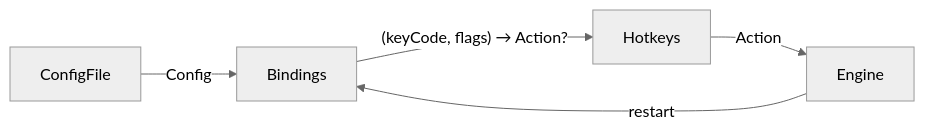
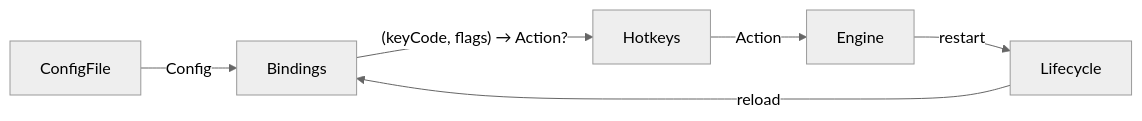
Before and after one commit to brennovich/ottowm: the third of 18 diagrams in ARCHITECTURE.md, drawn with Mermaid (neutral theme). The commit also changed other lines of this file and 8 other files, not shown here.

````diff
--- a/ARCHITECTURE.md
+++ b/ARCHITECTURE.md
@@ -106,7 +107,8 @@
 ```mermaid
 flowchart LR
     ConfigFile -->|Config| Bindings
     Bindings -->|"(keyCode, flags) → Action?"| Hotkeys
     Hotkeys -->|Action| Engine
-    Engine -->|restart| Bindings
+    Engine -->|restart| Lifecycle
+    Lifecycle -->|reload| Bindings
 ```
````
